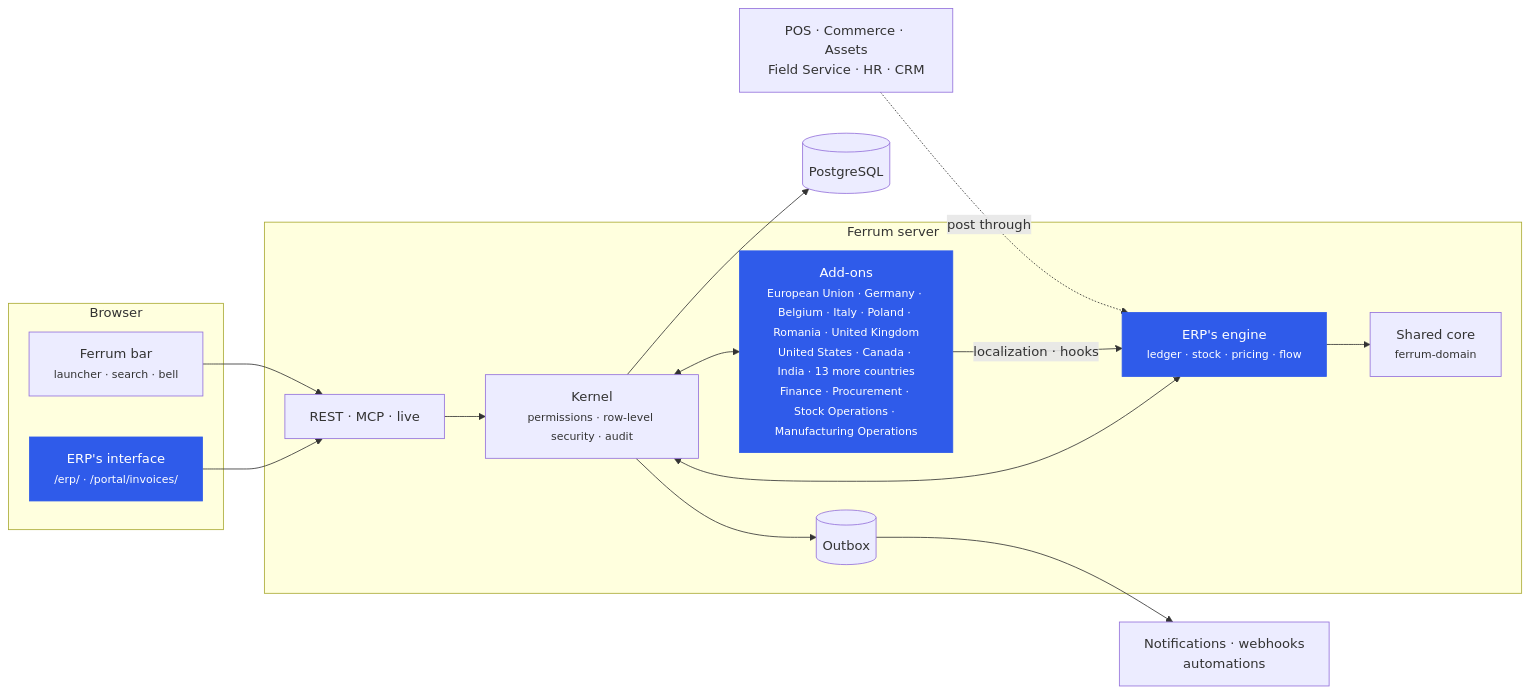
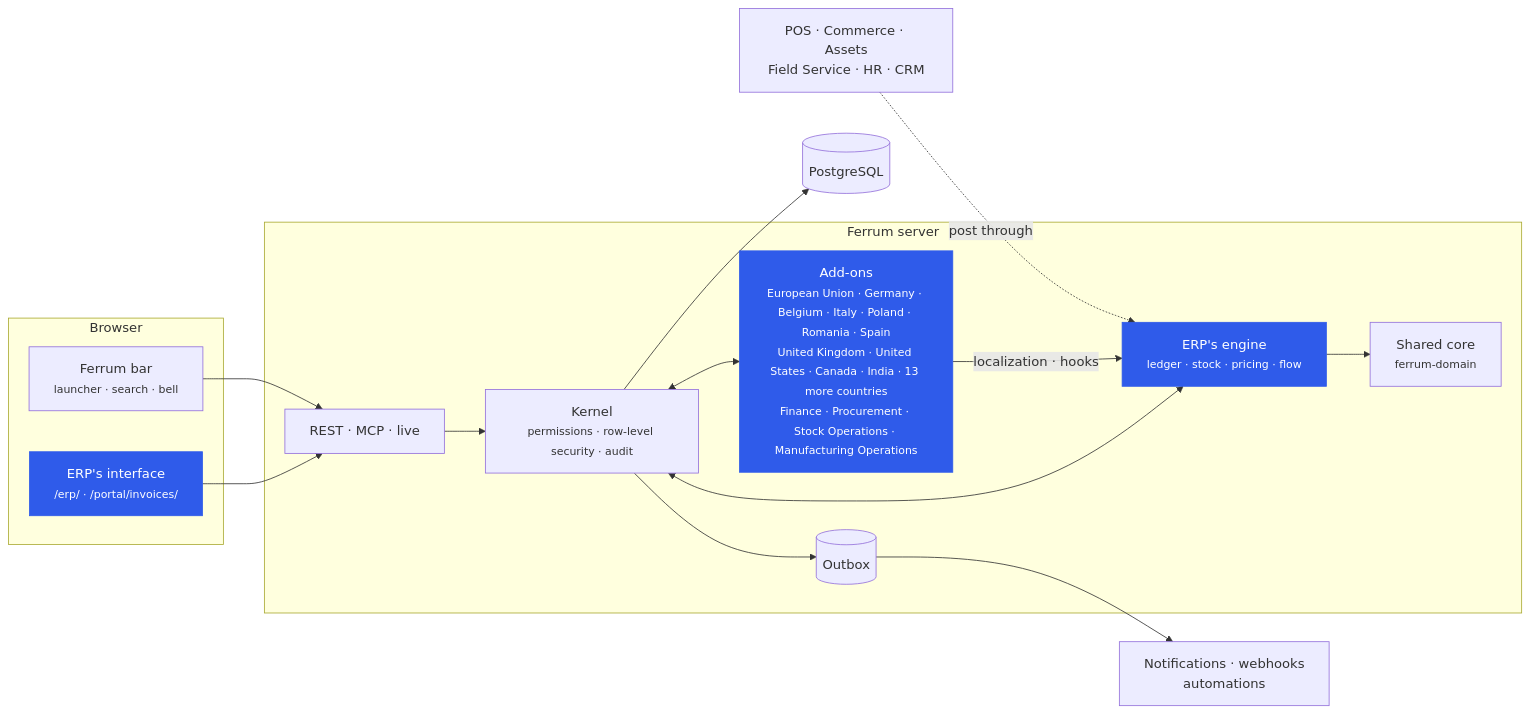
One commit to CBFerrum/ferrum-app-erp changed the second of 3 diagrams in README.md. Above: the diagram before and after it, drawn with Mermaid. The commit also changed other lines of this file, not shown here.

Commit message:
README: Spain (VERI*FACTU invoicing records, the recargo de equivalencia) in ferrum-eu-members

````diff
--- a/README.md
+++ b/README.md
@@ -179,26 +180,26 @@
 ```mermaid
 flowchart LR
     subgraph Browser
         UI["ERP's interface<br/><small>/erp/ · /portal/invoices/</small>"]
         BAR["Ferrum bar<br/><small>launcher · search · bell</small>"]
     end
     subgraph Server["Ferrum server"]
         API["REST · MCP · live"]
         K["Kernel<br/><small>permissions · row-level security · audit</small>"]
         ENG["ERP's engine<br/><small>ledger · stock · pricing · flow</small>"]
-        ADD["Add-ons<br/><small>European Union · Germany · Belgium · Italy · Poland · Romania · United Kingdom<br/>United States · Canada · India · 13 more countries<br/>Finance · Procurement · Stock Operations · Manufacturing Operations</small>"]
+        ADD["Add-ons<br/><small>European Union · Germany · Belgium · Italy · Poland · Romania · Spain<br/>United Kingdom · United States · Canada · India · 13 more countries<br/>Finance · Procurement · Stock Operations · Manufacturing Operations</small>"]
         CORE["Shared core<br/><small>ferrum-domain</small>"]
         OB[("Outbox")]
     end
     DB[("PostgreSQL")]
     UI --> API --> K --> DB
     BAR --> API
     K <--> ENG
     K <--> ADD
     ADD -->|localization · hooks| ENG
     ENG --> CORE
     K --> OB --> EV["Notifications · webhooks<br/>automations"]
     APPS["POS · Commerce · Assets<br/>Field Service · HR · CRM"] -. post through .-> ENG
     classDef erp fill:#2f5bea,color:#fff,stroke:#2f5bea
     class UI,ENG,ADD erp
 ```
````
